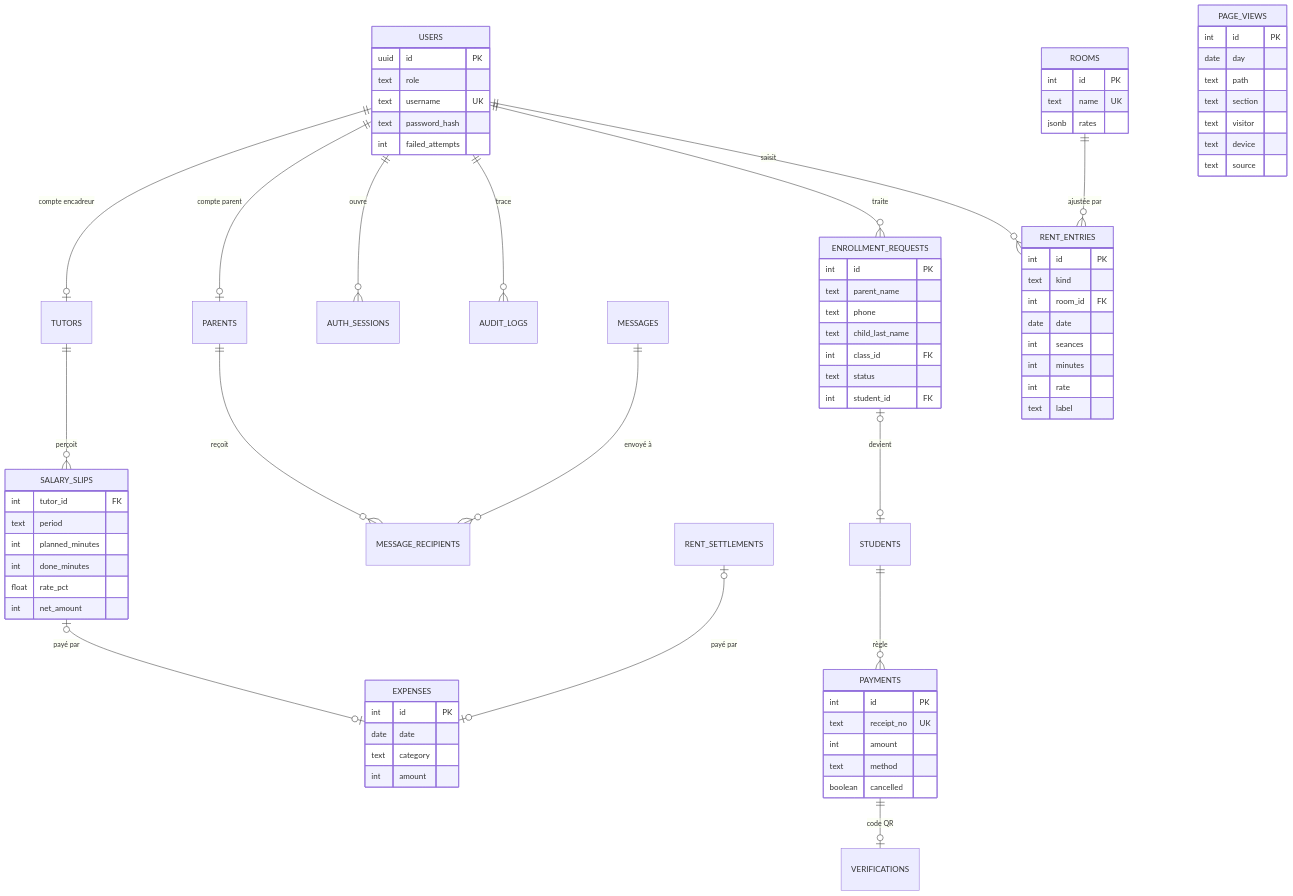
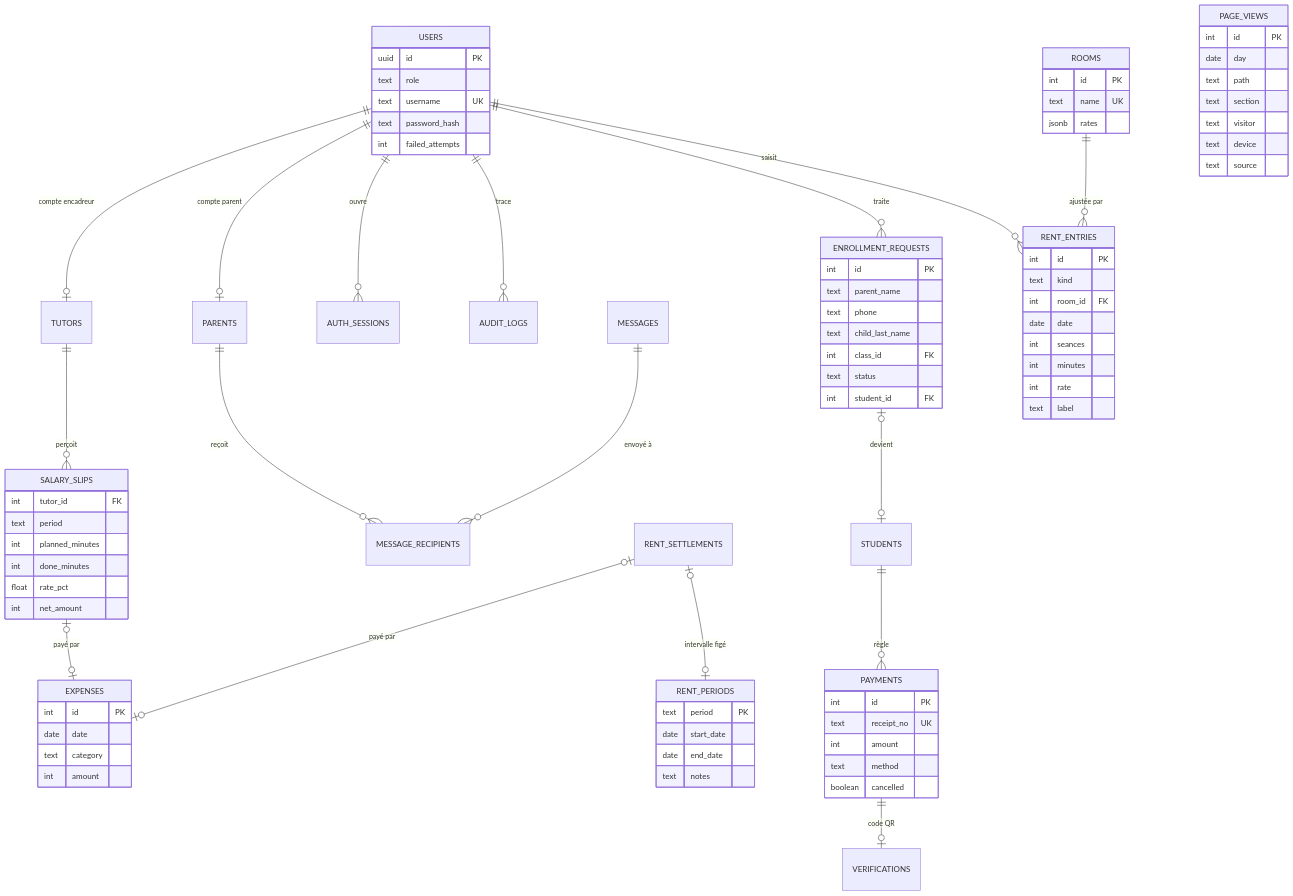
The diagram in docs/uml/04b_mcd_finances.mmd (ANDJE30/svtc-tutoring), drawn with Mermaid before and after one commit. The commit also changed 58 other files, not shown here.

```diff
--- a/docs/uml/04b_mcd_finances.mmd
+++ b/docs/uml/04b_mcd_finances.mmd
@@ -1,77 +1,84 @@
 erDiagram
   USERS ||--o| TUTORS : "compte encadreur"
   USERS ||--o| PARENTS : "compte parent"
   USERS ||--o{ AUTH_SESSIONS : "ouvre"
   USERS ||--o{ AUDIT_LOGS : "trace"
   STUDENTS ||--o{ PAYMENTS : "règle"
   TUTORS ||--o{ SALARY_SLIPS : "perçoit"
   SALARY_SLIPS |o--o| EXPENSES : "payé par"
   RENT_SETTLEMENTS |o--o| EXPENSES : "payé par"
   MESSAGES ||--o{ MESSAGE_RECIPIENTS : "envoyé à"
   PARENTS ||--o{ MESSAGE_RECIPIENTS : "reçoit"
   PAYMENTS ||--o| VERIFICATIONS : "code QR"
   ENROLLMENT_REQUESTS |o--o| STUDENTS : "devient"
   USERS ||--o{ ENROLLMENT_REQUESTS : "traite"
   ROOMS ||--o{ RENT_ENTRIES : "ajustée par"
   USERS ||--o{ RENT_ENTRIES : "saisit"
+  RENT_SETTLEMENTS |o--o| RENT_PERIODS : "intervalle figé"
   PAYMENTS {
     int id PK
     text receipt_no UK
     int amount
     text method
     boolean cancelled
   }
   SALARY_SLIPS {
     int tutor_id FK
     text period
     int planned_minutes
     int done_minutes
     float rate_pct
     int net_amount
   }
   EXPENSES {
     int id PK
     date date
     text category
     int amount
   }
   USERS {
     uuid id PK
     text role
     text username UK
     text password_hash
     int failed_attempts
   }
   ENROLLMENT_REQUESTS {
     int id PK
     text parent_name
     text phone
     text child_last_name
     int class_id FK
     text status
     int student_id FK
   }
   PAGE_VIEWS {
     int id PK
     date day
     text path
     text section
     text visitor
     text device
     text source
   }
   RENT_ENTRIES {
     int id PK
     text kind
     int room_id FK
     date date
     int seances
     int minutes
     int rate
     text label
   }
   ROOMS {
     int id PK
     text name UK
     jsonb rates
   }
+  RENT_PERIODS {
+    text period PK
+    date start_date
+    date end_date
+    text notes
+  }
```
